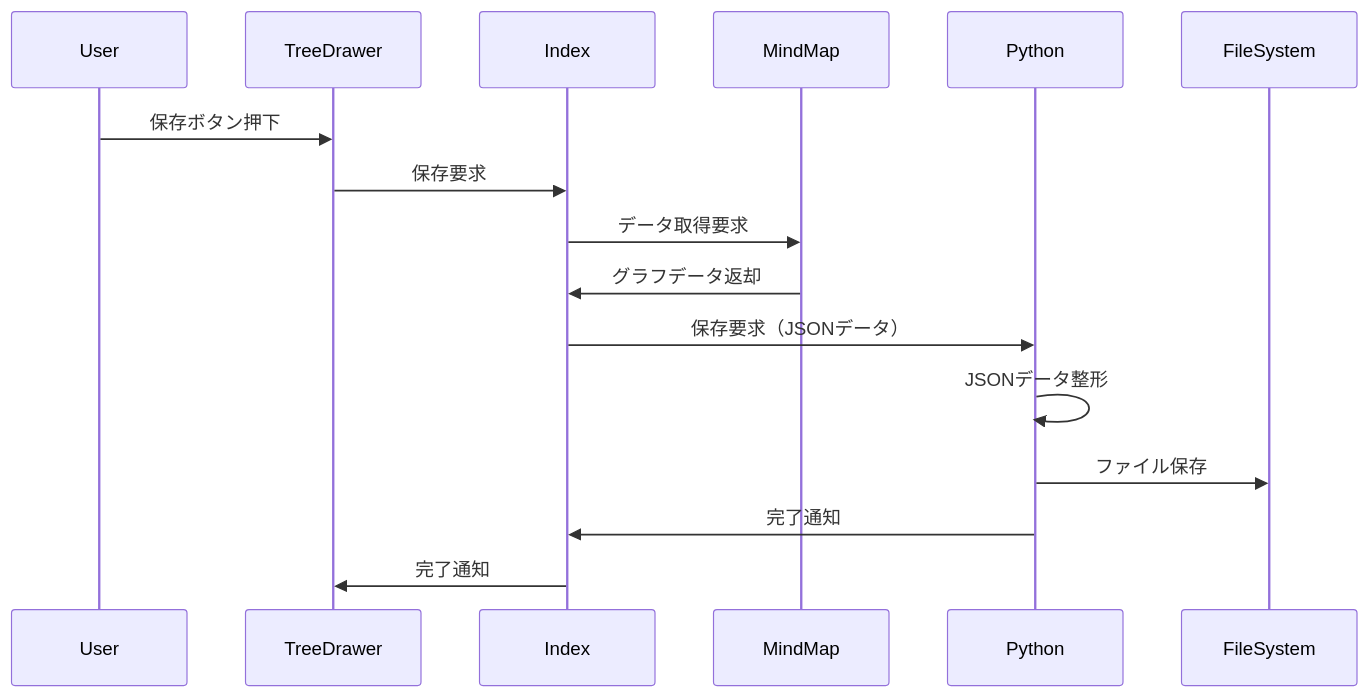
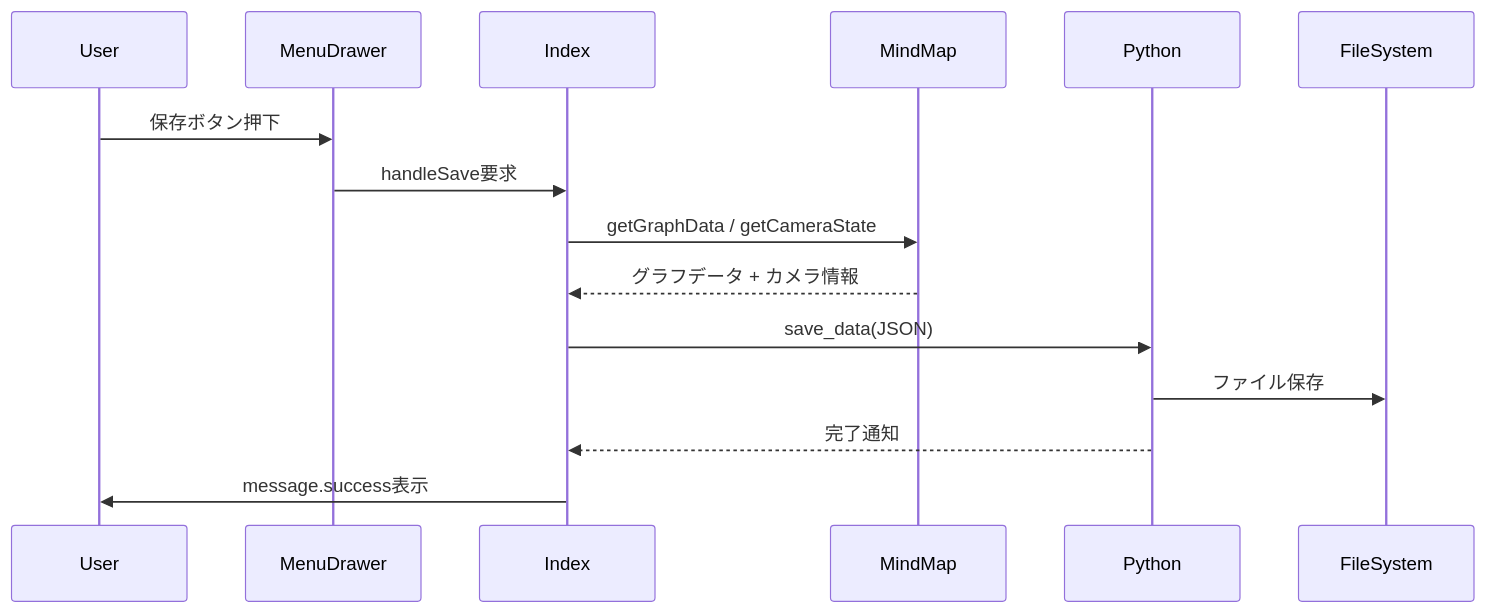
The fourth of 7 diagrams in detailed_design.md (offpiste111/space_mind), drawn with Mermaid before and after one commit. The commit also changed other lines of this file and 4 other files, not shown here.

````diff
--- a/detailed_design.md
+++ b/detailed_design.md
@@ -246,19 +261,18 @@
 ```mermaid
 sequenceDiagram
     participant User
-    participant TreeDrawer
+    participant Menu as MenuDrawer
     participant Index
     participant MindMap
     participant Python
     participant FileSystem
     
-    User->>TreeDrawer: 保存ボタン押下
-    TreeDrawer->>Index: 保存要求
-    Index->>MindMap: データ取得要求
-    MindMap->>Index: グラフデータ返却
-    Index->>Python: 保存要求（JSONデータ）
-    Python->>Python: JSONデータ整形
+    User->>Menu: 保存ボタン押下
+    Menu->>Index: handleSave要求
+    Index->>MindMap: getGraphData / getCameraState
+    MindMap-->>Index: グラフデータ + カメラ情報
+    Index->>Python: save_data(JSON)
     Python->>FileSystem: ファイル保存
-    Python->>Index: 完了通知
-    Index->>TreeDrawer: 完了通知
+    Python-->>Index: 完了通知
+    Index->>User: message.success表示
 ```
````
